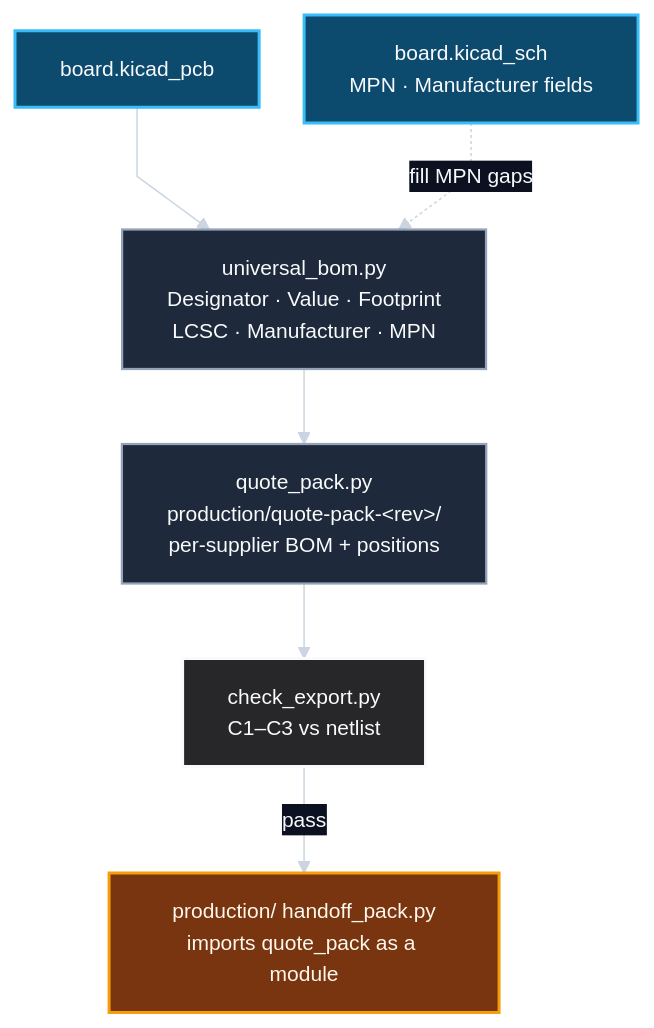
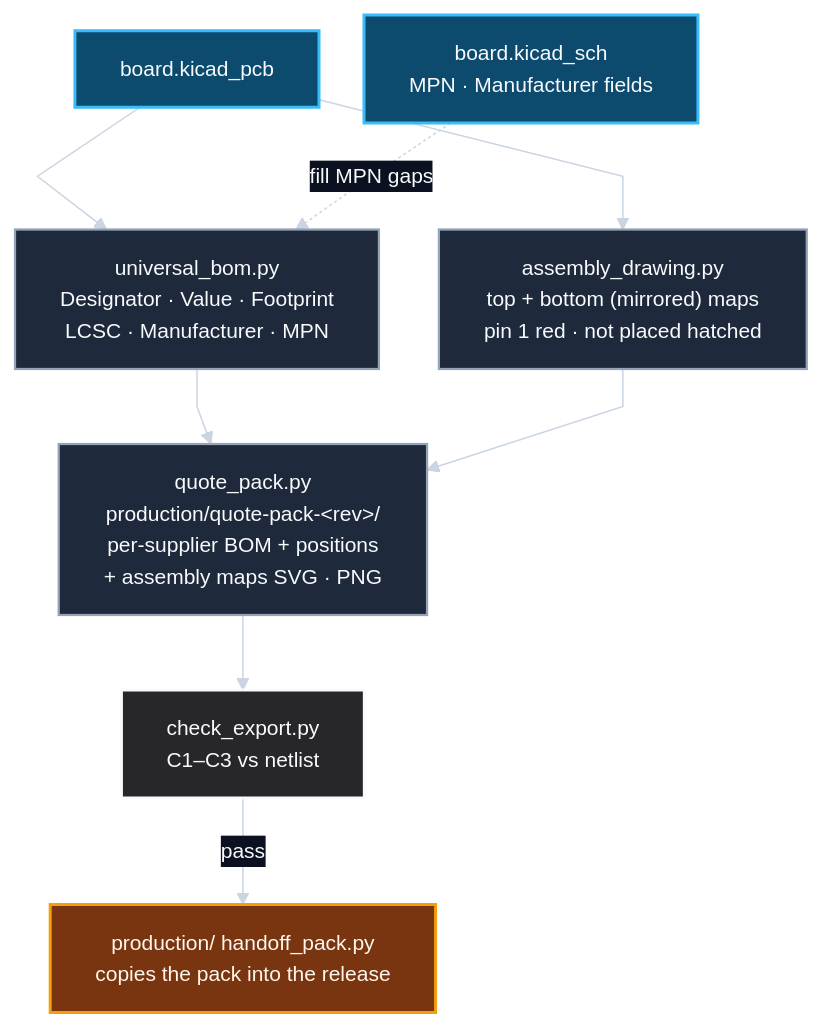
One commit to incutec-org/hardware-tooling changed the fifth of 7 diagrams in OVERVIEW.md. Above: the diagram before and after it, drawn with Mermaid. The commit also changed 2 other files, not shown here.

Commit message:
Render assembly maps into every quote pack
quote_pack.py renders the top and bottom (mirrored) assembly maps, SVG and
PNG at 300 dpi, next to the Gerbers and positions, so every release carries
them instead of only the per-fab handoff zips. assembly_drawing.py docstring
repaired and its CLI dpi default aligned with the pipeline output.

Claude-Session: https://claude.ai/code/session_01RKpiCMCYysgLb5DBKbR8cu

````diff
--- a/OVERVIEW.md
+++ b/OVERVIEW.md
@@ -177,21 +177,23 @@
 ```mermaid
 %%{init: {"theme": "base", "themeVariables": {"background": "#0b1120", "lineColor": "#cbd5e1", "primaryTextColor": "#f8fafc", "edgeLabelBackground": "#0b1120", "fontSize": "14px"}, "flowchart": {"curve": "linear", "nodeSpacing": 30, "rankSpacing": 50}}}%%
 flowchart TB
     PCB["board.kicad_pcb"]
     SCH["board.kicad_sch<br/>MPN · Manufacturer fields"]
     PCB --> UB["universal_bom.py<br/>Designator · Value · Footprint<br/>LCSC · Manufacturer · MPN"]
     SCH -.->|"fill MPN gaps"| UB
-    UB --> QP["quote_pack.py<br/>production/quote-pack-&lt;rev&gt;/<br/>per-supplier BOM + positions"]
+    PCB --> AD["assembly_drawing.py<br/>top + bottom (mirrored) maps<br/>pin 1 red · not placed hatched"]
+    UB --> QP["quote_pack.py<br/>production/quote-pack-&lt;rev&gt;/<br/>per-supplier BOM + positions<br/>+ assembly maps SVG · PNG"]
+    AD --> QP
     QP --> CE["check_export.py<br/>C1–C3 vs netlist"]
-    CE -->|"pass"| HAND["production/ handoff_pack.py<br/>imports quote_pack as a module"]
+    CE -->|"pass"| HAND["production/ handoff_pack.py<br/>copies the pack into the release"]
 
     classDef input fill:#0c4a6e,stroke:#38bdf8,color:#f8fafc,stroke-width:2px;
     classDef tool fill:#1e293b,stroke:#94a3b8,color:#f8fafc,stroke-width:1.5px;
     classDef gate fill:#27272a,stroke:#f8fafc,color:#f8fafc,stroke-width:2px;
     classDef production fill:#78350f,stroke:#f59e0b,color:#fff7ed,stroke-width:2px;
 
     class PCB,SCH input;
-    class UB,QP tool;
+    class UB,AD,QP tool;
     class CE gate;
     class HAND production;
 ```
````
